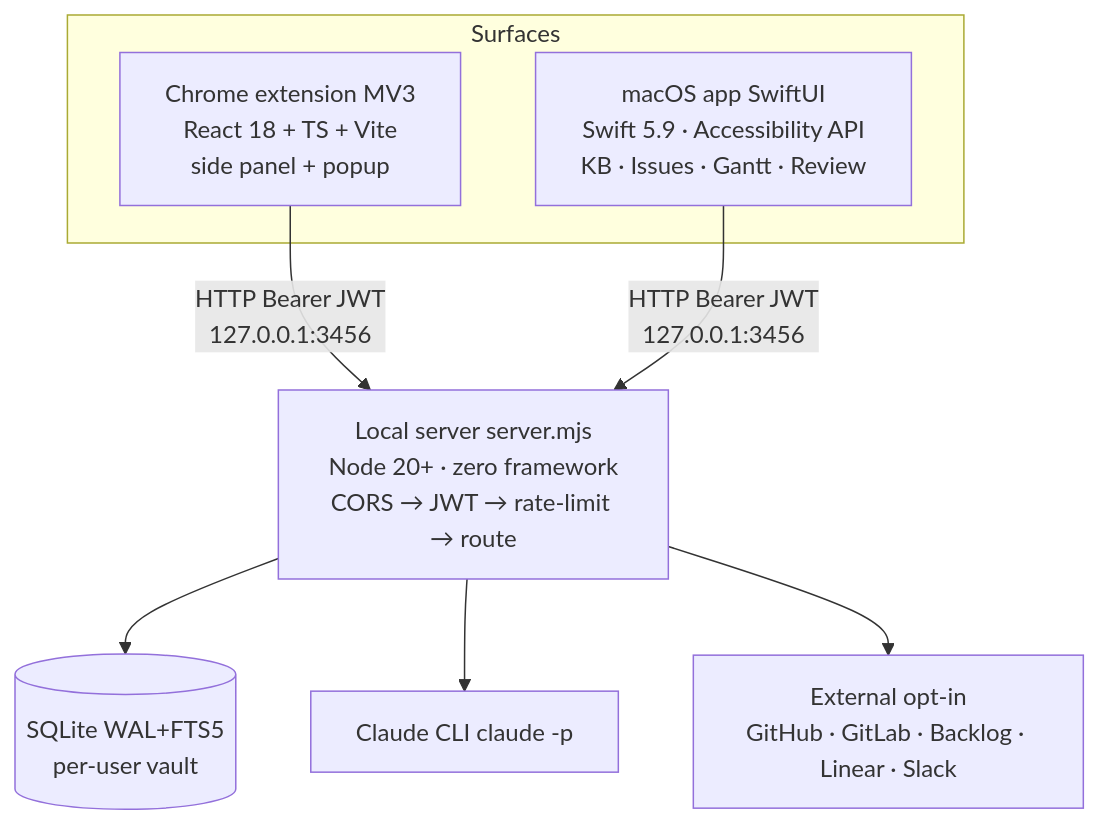
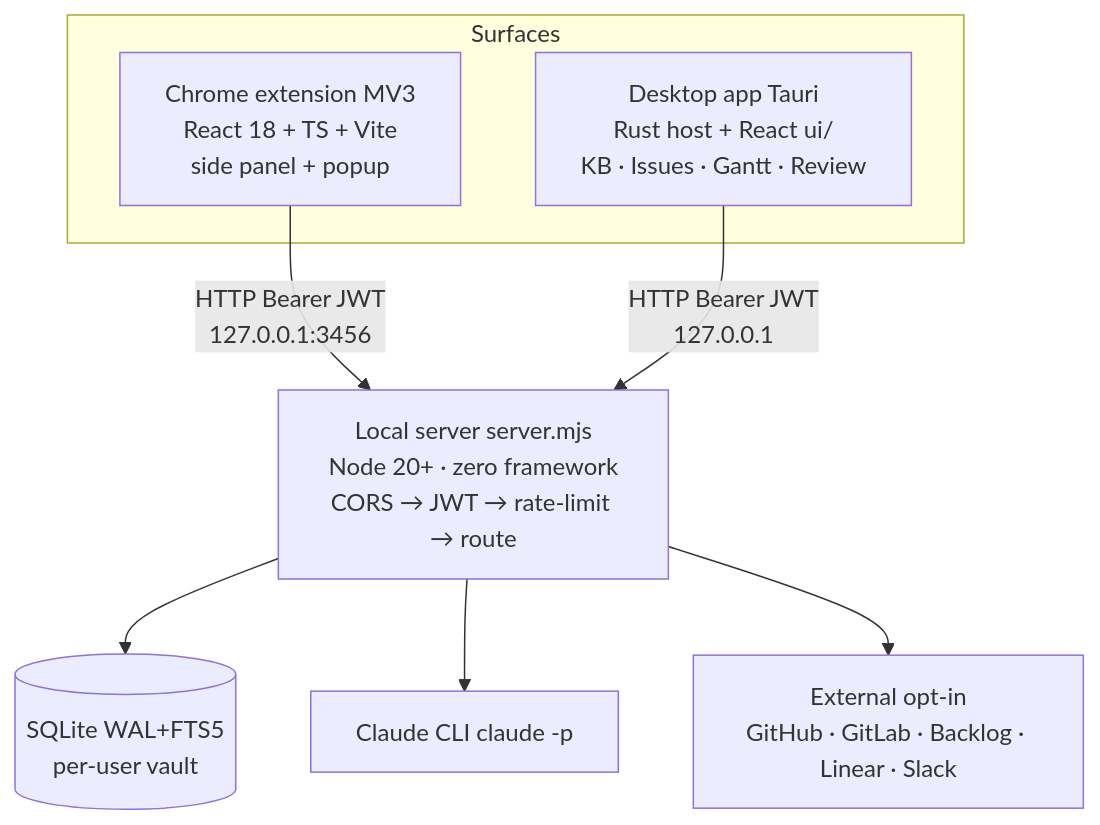
Before and after one commit to dnsmalla/llm-ide: the diagram in docs/explanation/architecture.md, drawn with Mermaid. The commit also changed other lines of this file and 20 other files, not shown here.

First line of the commit message:
docs: drop the Swift Mac app from the guides, specs and plan

````diff
--- a/docs/explanation/architecture.md
+++ b/docs/explanation/architecture.md
@@ -19,16 +19,16 @@
 ```mermaid
 flowchart TB
     subgraph Surfaces
         EXT[Chrome extension MV3<br/>React 18 + TS + Vite<br/>side panel + popup]
-        MAC[macOS app SwiftUI<br/>Swift 5.9 · Accessibility API<br/>KB · Issues · Gantt · Review]
+        DESK[Desktop app Tauri<br/>Rust host + React ui/<br/>KB · Issues · Gantt · Review]
     end
     SERVER[Local server server.mjs<br/>Node 20+ · zero framework<br/>CORS → JWT → rate-limit → route]
     DB[(SQLite WAL+FTS5<br/>per-user vault)]
     CLI[Claude CLI claude -p]
     EXT3[External opt-in<br/>GitHub · GitLab · Backlog · Linear · Slack]
     EXT --> |HTTP Bearer JWT<br/>127.0.0.1:3456| SERVER
-    MAC --> |HTTP Bearer JWT<br/>127.0.0.1:3456| SERVER
+    DESK --> |HTTP Bearer JWT<br/>127.0.0.1| SERVER
     SERVER --> DB
     SERVER --> CLI
     SERVER --> EXT3
 ```
````
